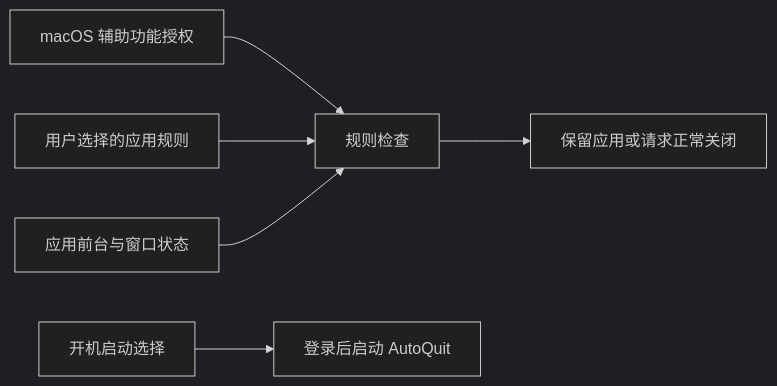
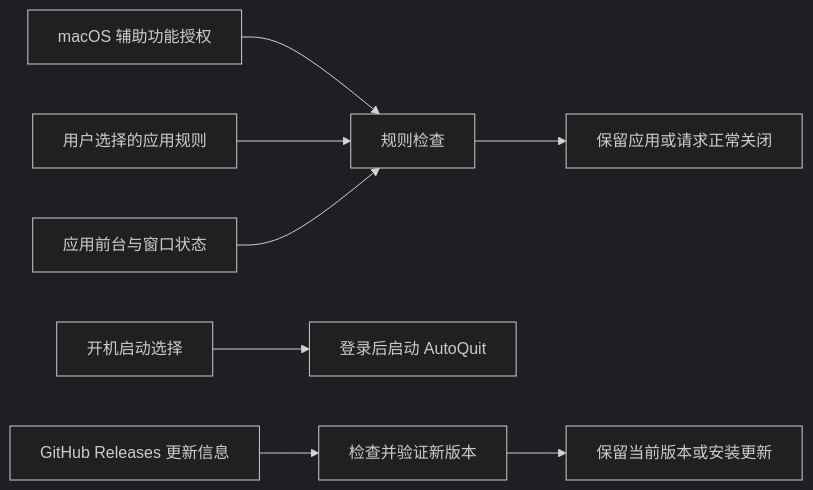
Before and after one commit to AFutureD/AutoQuit: the diagram in docs/feat/index.md, drawn with Mermaid (dark theme). The commit also changed other lines of this file and 14 other files, not shown here.

````diff
--- a/docs/feat/index.md
+++ b/docs/feat/index.md
@@ -52,8 +64,10 @@
 ```mermaid
 flowchart LR
     A["macOS 辅助功能授权"] --> D["规则检查"]
     B["用户选择的应用规则"] --> D
     C["应用前台与窗口状态"] --> D
     D --> E["保留应用或请求正常关闭"]
     F["开机启动选择"] --> G["登录后启动 AutoQuit"]
+    H["GitHub Releases 更新信息"] --> I["检查并验证新版本"]
+    I --> J["保留当前版本或安装更新"]
 ```
````
